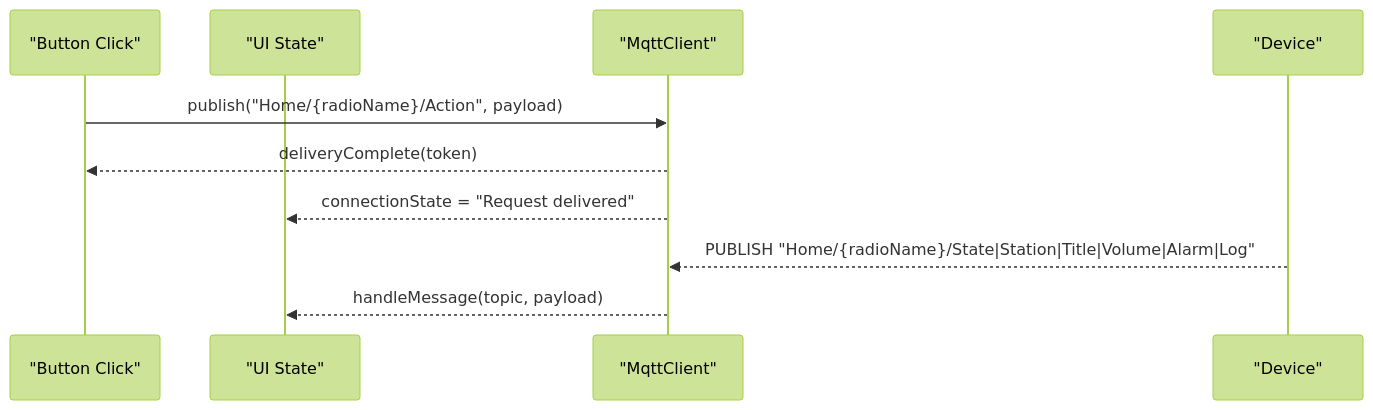
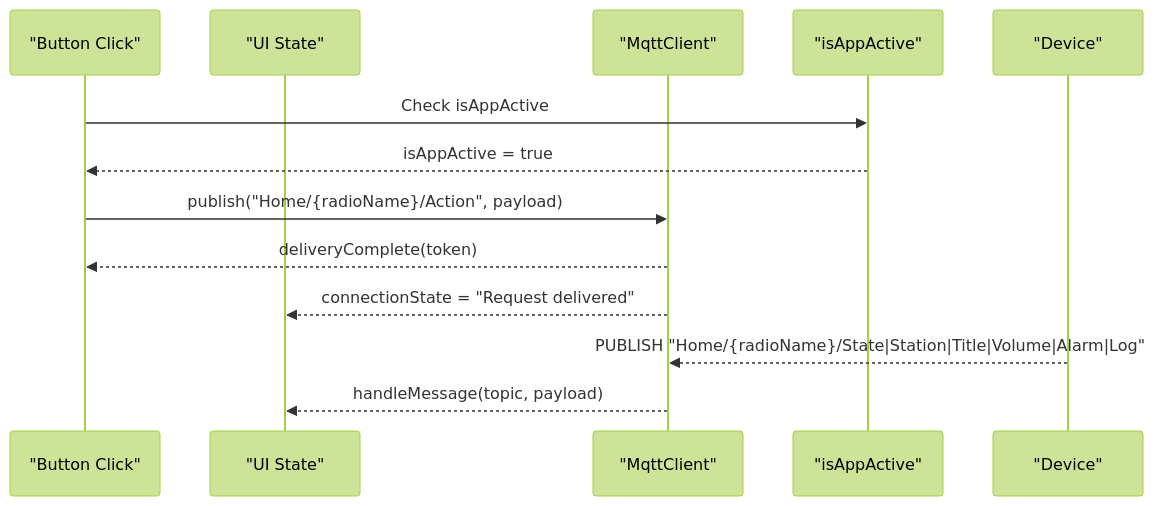
One commit to dip16igor/Webradio changed the sixth of 7 diagrams in .qoder/repowiki/en/content/Android Application/MQTT Communication Layer.md. Above: the diagram before and after it, drawn with Mermaid (forest theme). The commit also changed other lines of this file and 2 other files, not shown here.

````diff
--- a/.qoder/repowiki/en/content/Android Application/MQTT Communication Layer.md
+++ b/.qoder/repowiki/en/content/Android Application/MQTT Communication Layer.md
@@ -244,12 +278,15 @@
 ```mermaid
 sequenceDiagram
 participant Btn as "Button Click"
 participant UI as "UI State"
 participant MQ as "MqttClient"
+participant State as "isAppActive"
 participant Dev as "Device"
+Btn->>State : Check isAppActive
+State-->>Btn : isAppActive = true
 Btn->>MQ : publish("Home/{radioName}/Action", payload)
 MQ-->>Btn : deliveryComplete(token)
 MQ-->>UI : connectionState = "Request delivered"
 Dev-->>MQ : PUBLISH "Home/{radioName}/State|Station|Title|Volume|Alarm|Log"
 MQ-->>UI : handleMessage(topic, payload)
 ```
````
